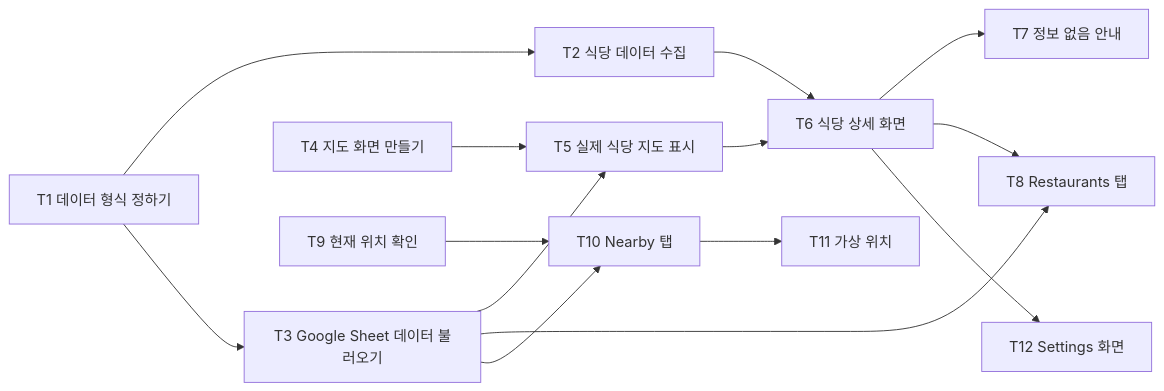
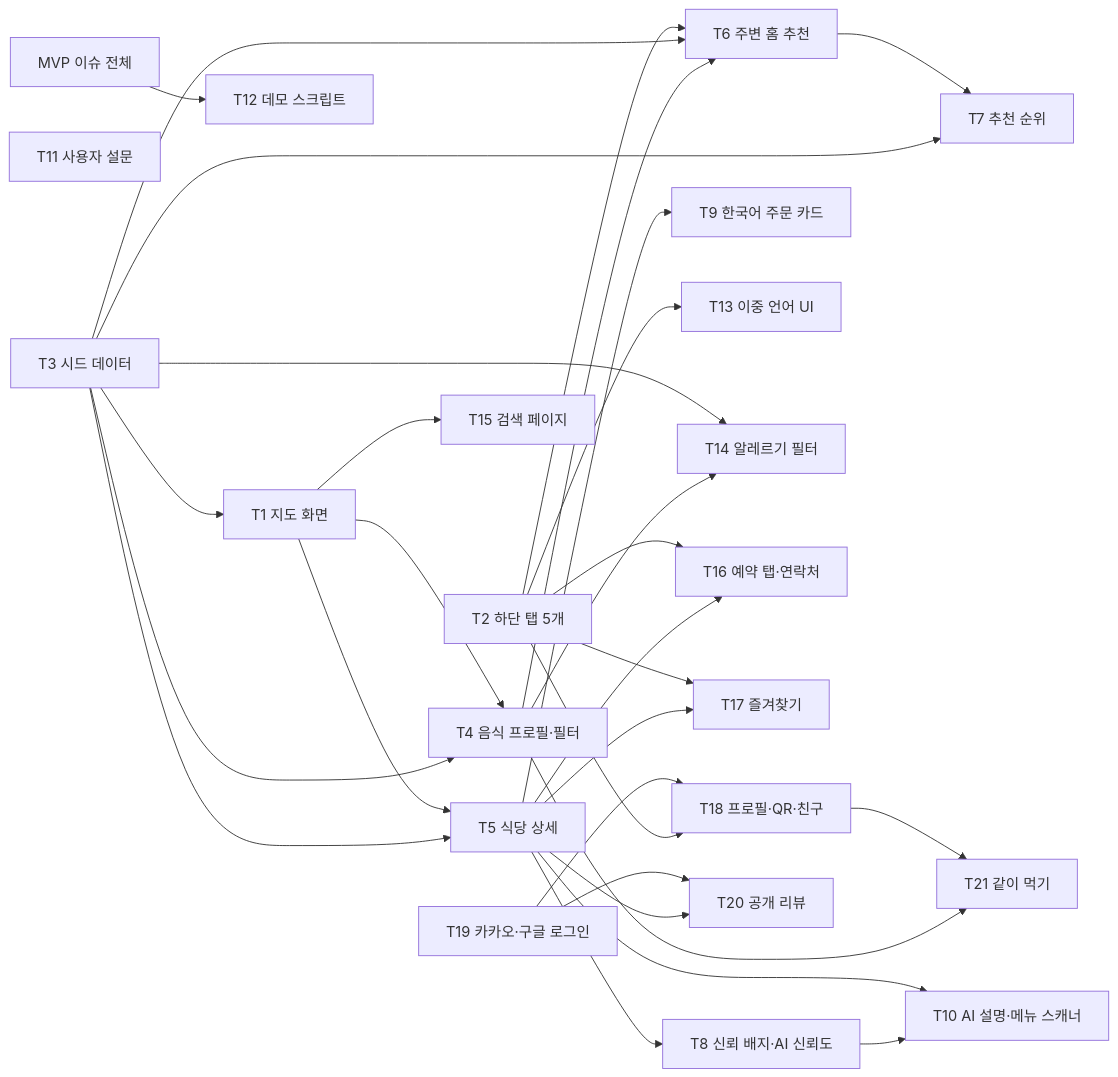
Before and after one commit to nikmar9705/aix2026f-team1: the diagram in docs/week-05.md, drawn with Mermaid. The commit also changed other lines of this file, not shown here.

````diff
--- a/docs/week-05.md
+++ b/docs/week-05.md
@@ -41,21 +58,37 @@
 ```mermaid
 graph LR
-  T1["T1 데이터 형식 정하기"] --> T2["T2 식당 데이터 수집"]
-  T1 --> T3["T3 Google Sheet 데이터 불러오기"]
-
-  T4["T4 지도 화면 만들기"] --> T5["T5 실제 식당 지도 표시"]
+  T3["T3 시드 데이터"] --> T1["T1 지도 화면"]
+  T1 --> T4["T4 음식 프로필·필터"]
+  T3 --> T4
+  T1 --> T5["T5 식당 상세"]
   T3 --> T5
 
-  T2 --> T6["T6 식당 상세 화면"]
-  T5 --> T6
-  T6 --> T7["T7 정보 없음 안내"]
+  T2["T2 하단 탭 5개"] --> T6["T6 주변 홈 추천"]
+  T3 --> T6
+  T4 --> T6
+  T6 --> T7["T7 추천 순위"]
+  T3 --> T7
 
-  T3 --> T8["T8 Restaurants 탭"]
-  T6 --> T8
+  T5 --> T8["T8 신뢰 배지·AI 신뢰도"]
+  T5 --> T9["T9 한국어 주문 카드"]
+  T2 --> T13["T13 이중 언어 UI"]
+  T3 --> T14["T14 알레르기 필터"]
+  T4 --> T14
+  T1 --> T15["T15 검색 페이지"]
+  T2 --> T16["T16 예약 탭·연락처"]
+  T5 --> T16
 
-  T9["T9 현재 위치 확인"] --> T10["T10 Nearby 탭"]
-  T3 --> T10
-  T10 --> T11["T11 가상 위치"]
+  T5 --> T10["T10 AI 설명·메뉴 스캐너"]
+  T8 --> T10
+  T2 --> T17["T17 즐겨찾기"]
+  T5 --> T17
+  T19["T19 카카오·구글 로그인"] --> T18["T18 프로필·QR·친구"]
+  T2 --> T18
+  T19 --> T20["T20 공개 리뷰"]
+  T5 --> T20
+  T18 --> T21["T21 같이 먹기"]
+  T4 --> T21
 
-  T6 --> T12["T12 Settings 화면"]
+  T11["T11 사용자 설문"]
+  MVP["MVP 이슈 전체"] --> T12["T12 데모 스크립트"]
 ```
````
